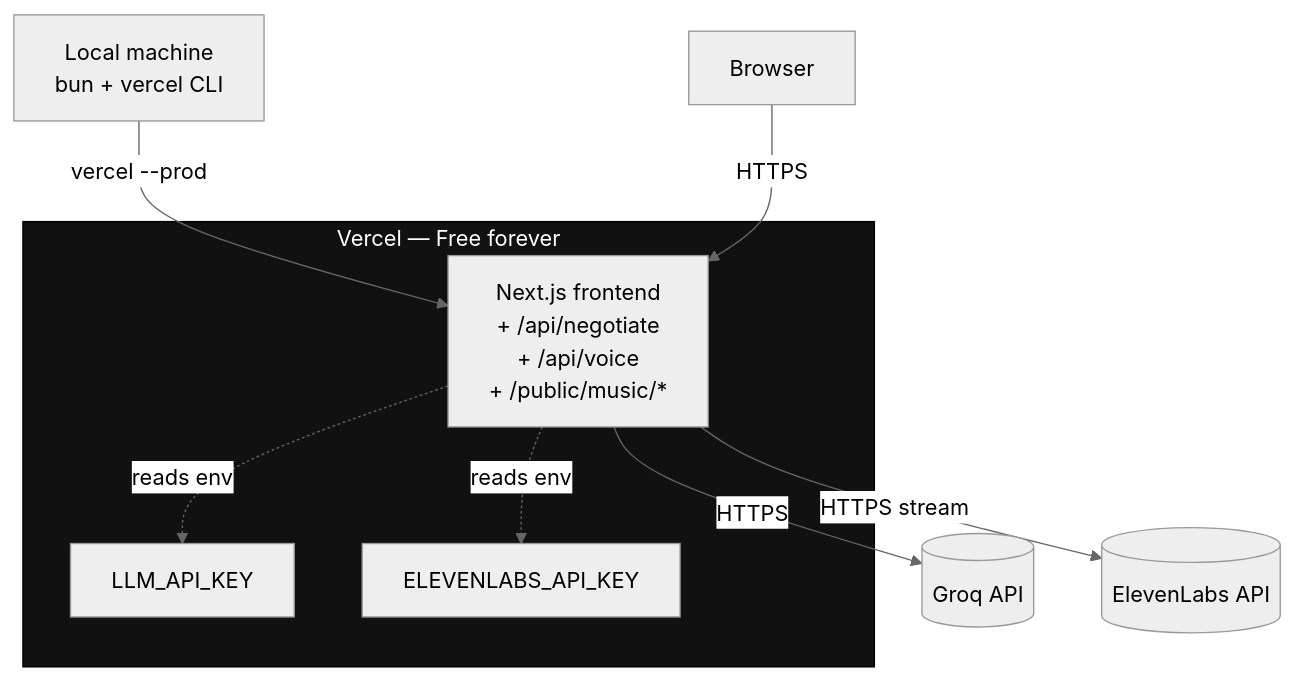
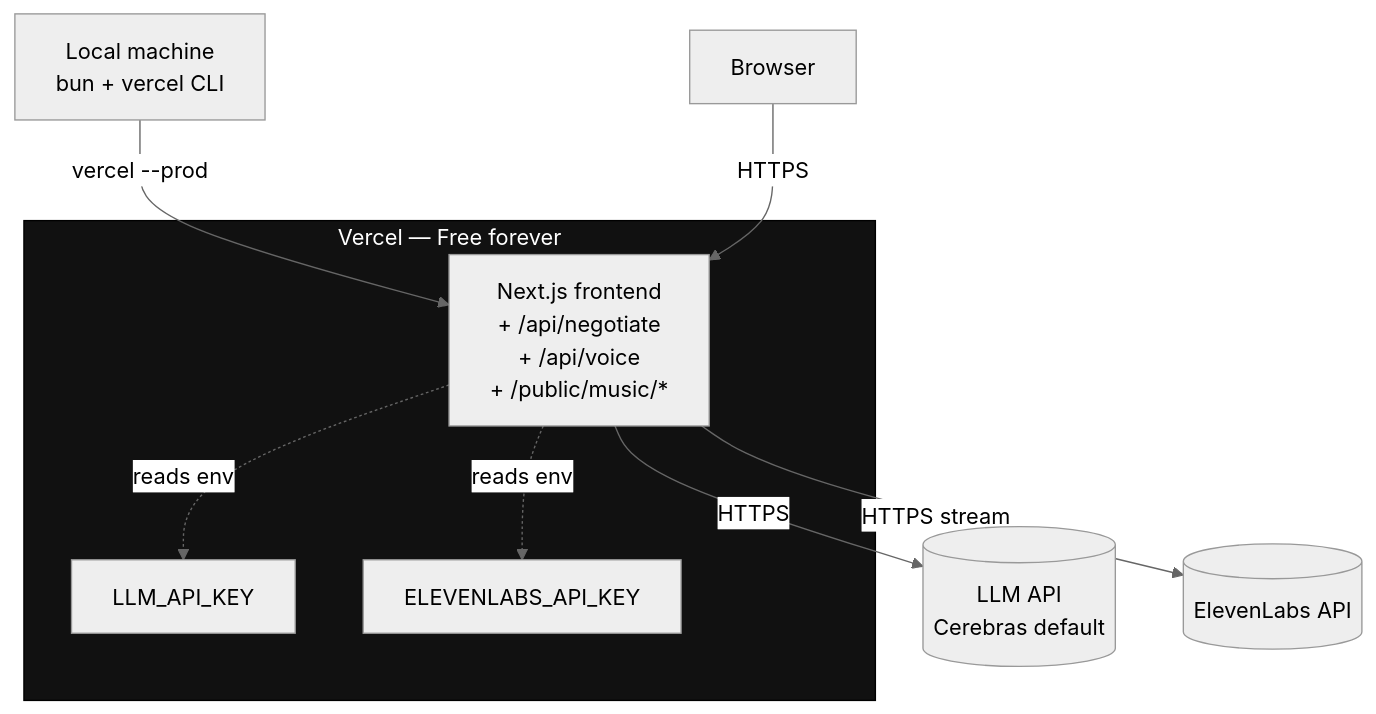
One commit to AnkanMisra/Negotiator changed the first of 2 diagrams in docs/DEPLOYMENT.md. Above: the diagram before and after it, drawn with Mermaid (neutral theme). The commit also changed other lines of this file and 11 other files, not shown here.

First line of the commit message:
Finish Groq→LLM rename sweep from PR review

````diff
--- a/docs/DEPLOYMENT.md
+++ b/docs/DEPLOYMENT.md
@@ -10,17 +10,17 @@
 ```mermaid
 flowchart TB
     DEV[Local machine<br/>bun + vercel CLI]
 
     subgraph vercel[Vercel — Free forever]
         FE[Next.js frontend<br/>+ /api/negotiate<br/>+ /api/voice<br/>+ /public/music/*]
         FE -.reads env.-> SEC1[LLM_API_KEY]
         FE -.reads env.-> SEC2[ELEVENLABS_API_KEY]
     end
 
     DEV -->|vercel --prod| FE
-    FE -->|HTTPS| GROQ[(Groq API)]
+    FE -->|HTTPS| LLM[(LLM API<br/>Cerebras default)]
     FE -->|HTTPS stream| EL[(ElevenLabs API)]
     CLIENT[Browser] -->|HTTPS| FE
 
     style vercel fill:#111,stroke:#000,color:#fff
 ```
````
